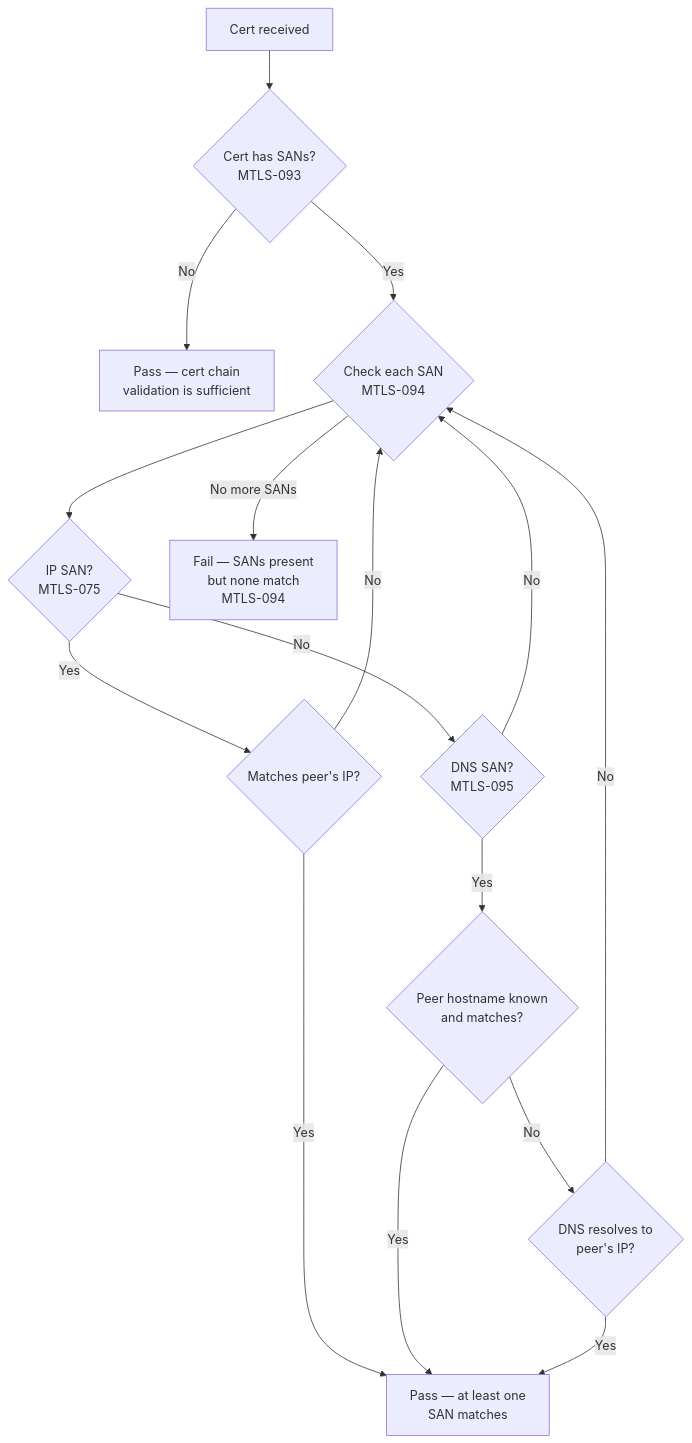
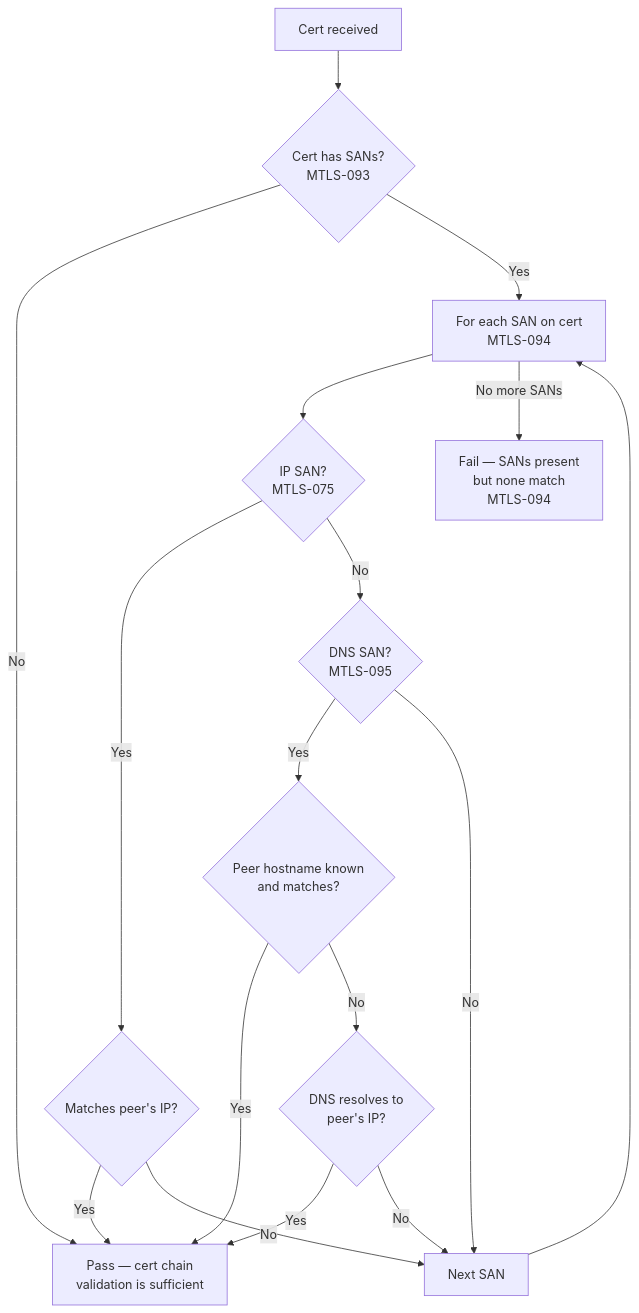
Before and after one commit to aranya-project/aranya-docs: the second of 2 diagrams in docs/mtls.md, drawn with Mermaid.

Commit message:
docs: fix SAN verification flowchart arrow directions
Use explicit "Next SAN" node to avoid upward-pointing arrows.

````diff
--- a/docs/mtls.md
+++ b/docs/mtls.md
@@ -396,18 +396,23 @@
 ```mermaid
 flowchart TD
     A[Cert received] --> B{Cert has SANs?<br/>MTLS-093}
-    B -->|No| C[Pass — cert chain<br/>validation is sufficient]
-    B -->|Yes| D{Check each SAN<br/>MTLS-094}
-    D --> E{IP SAN?<br/>MTLS-075}
-    E -->|Yes| F{Matches peer's IP?}
-    F -->|Yes| G[Pass — at least one<br/>SAN matches]
-    F -->|No| D
-    E -->|No| H{DNS SAN?<br/>MTLS-095}
-    H -->|Yes| I{Peer hostname known<br/>and matches?}
-    I -->|Yes| G
-    I -->|No| J{DNS resolves to<br/>peer's IP?}
-    J -->|Yes| G
-    J -->|No| D
-    H -->|No| D
-    D -->|No more SANs| K[Fail — SANs present<br/>but none match<br/>MTLS-094]
+    B -->|No| PASS[Pass — cert chain<br/>validation is sufficient]
+    B -->|Yes| LOOP[For each SAN on cert<br/>MTLS-094]
+
+    LOOP --> IP{IP SAN?<br/>MTLS-075}
+    IP -->|Yes| IP_MATCH{Matches peer's IP?}
+    IP_MATCH -->|Yes| PASS
+    IP_MATCH -->|No| NEXT[Next SAN]
+
+    IP -->|No| DNS{DNS SAN?<br/>MTLS-095}
+    DNS -->|Yes| HOST{Peer hostname known<br/>and matches?}
+    HOST -->|Yes| PASS
+    HOST -->|No| RESOLVE{DNS resolves to<br/>peer's IP?}
+    RESOLVE -->|Yes| PASS
+    RESOLVE -->|No| NEXT
+
+    DNS -->|No| NEXT
+    NEXT --> LOOP
+
+    LOOP -->|No more SANs| FAIL[Fail — SANs present<br/>but none match<br/>MTLS-094]
 ```
````
